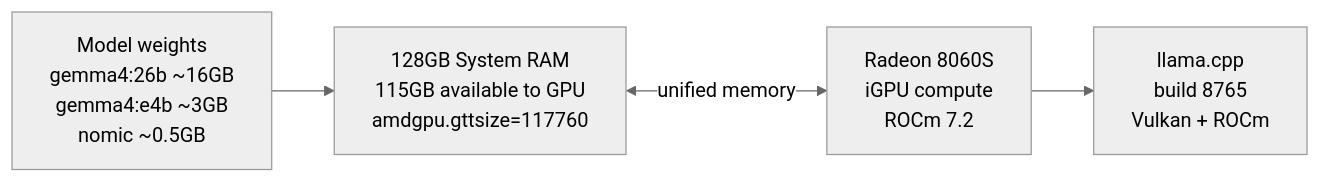
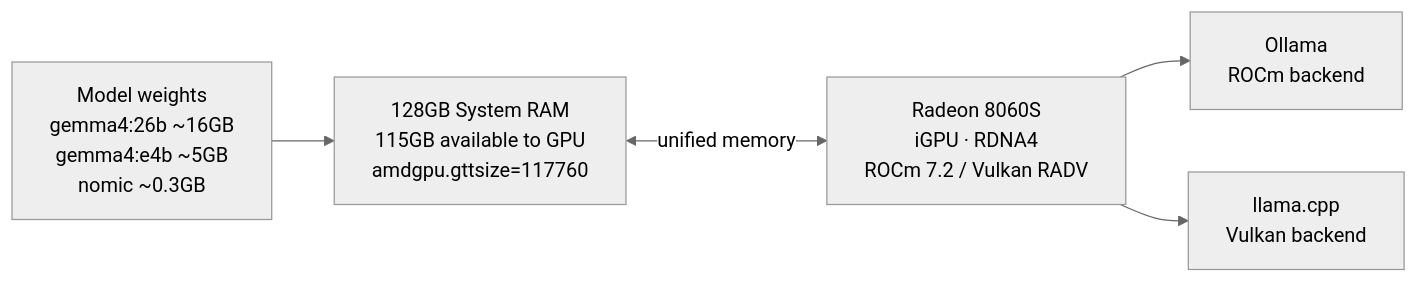
The second of 2 diagrams in ai-services/llm-inference.md (sagar-kale/homelab-docs), drawn with Mermaid (neutral theme) before and after one commit. The commit also changed other lines of this file, not shown here.

Commit message:
fix: correct LLM stack — Ollama primary (11434) + llama-swap secondary (11436), add full benchmark table with context depth

````diff
--- a/ai-services/llm-inference.md
+++ b/ai-services/llm-inference.md
@@ -50,11 +73,13 @@
 ```mermaid
 graph LR
     RAM["128GB System RAM\n115GB available to GPU\namdgpu.gttsize=117760"]
-    IGPU["Radeon 8060S\niGPU compute\nROCm 7.2"]
-    LLAMA["llama.cpp\nbuild 8765\nVulkan + ROCm"]
-    MODELS["Model weights\ngemma4:26b ~16GB\ngemma4:e4b ~3GB\nnomic ~0.5GB"]
+    IGPU["Radeon 8060S\niGPU · RDNA4\nROCm 7.2 / Vulkan RADV"]
+    OLLAMA["Ollama\nROCm backend"]
+    LLAMA["llama.cpp\nVulkan backend"]
+    MODELS["Model weights\ngemma4:26b ~16GB\ngemma4:e4b ~5GB\nnomic ~0.3GB"]
 
     RAM <-->|unified memory| IGPU
+    IGPU --> OLLAMA
     IGPU --> LLAMA
     MODELS --> RAM
 ```
````
